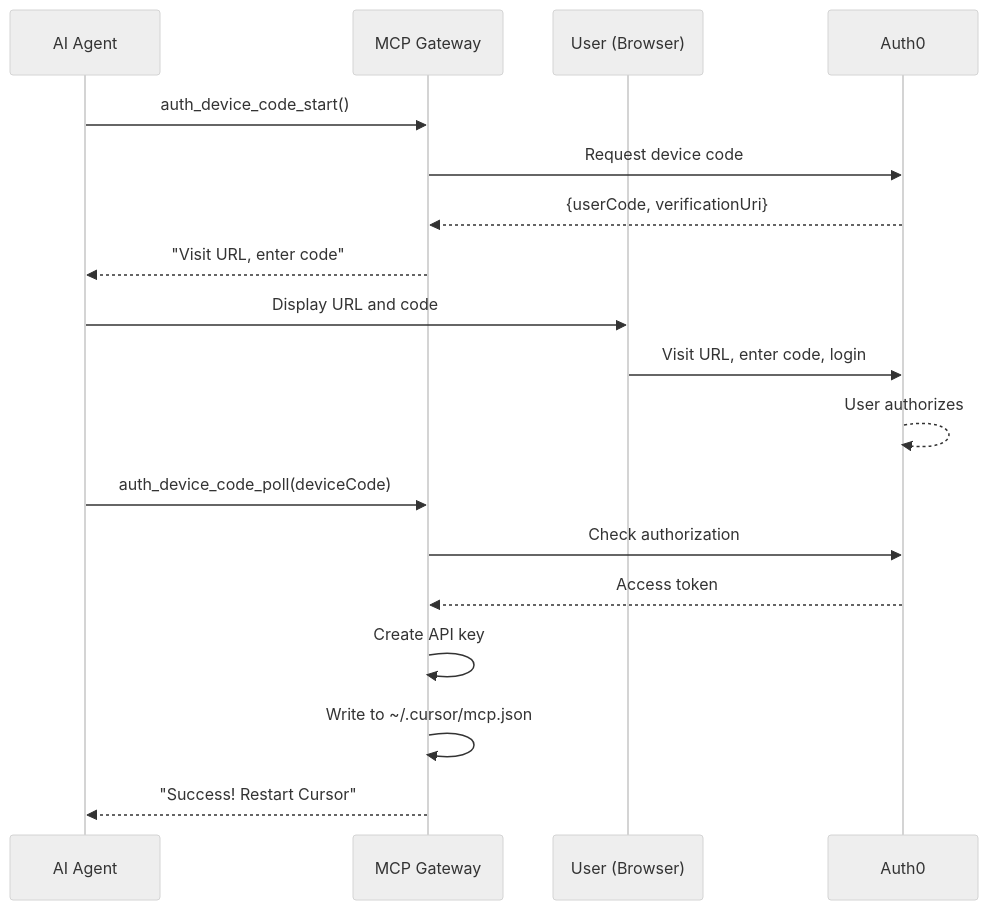
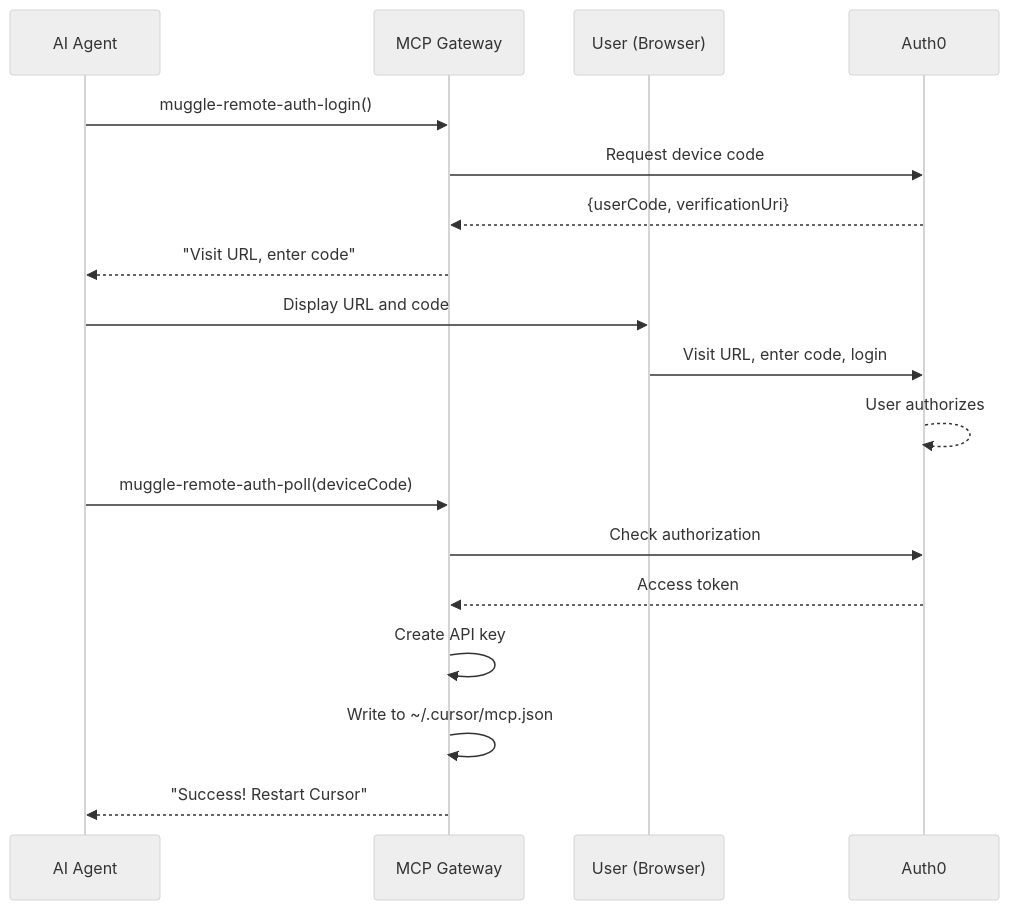
Before and after one commit to multiplex-ai/muggle-ai-docs: the first of 2 diagrams in mcp/mcp-api-reference.md, drawn with Mermaid (neutral theme). The commit also changed other lines of this file and 26 other files, not shown here.

````diff
--- a/mcp/mcp-api-reference.md
+++ b/mcp/mcp-api-reference.md
@@ -69,21 +73,21 @@
 ```mermaid
 sequenceDiagram
     participant Agent as AI Agent
     participant Gateway as MCP Gateway
     participant User as User (Browser)
     participant Auth0 as Auth0
     
-    Agent->>Gateway: auth_device_code_start()
+    Agent->>Gateway: muggle-remote-auth-login()
     Gateway->>Auth0: Request device code
     Auth0-->>Gateway: {userCode, verificationUri}
     Gateway-->>Agent: "Visit URL, enter code"
     Agent->>User: Display URL and code
     User->>Auth0: Visit URL, enter code, login
     Auth0-->>Auth0: User authorizes
-    Agent->>Gateway: auth_device_code_poll(deviceCode)
+    Agent->>Gateway: muggle-remote-auth-poll(deviceCode)
     Gateway->>Auth0: Check authorization
     Auth0-->>Gateway: Access token
     Gateway->>Gateway: Create API key
     Gateway->>Gateway: Write to ~/.cursor/mcp.json
     Gateway-->>Agent: "Success! Restart Cursor"
 ```
````
